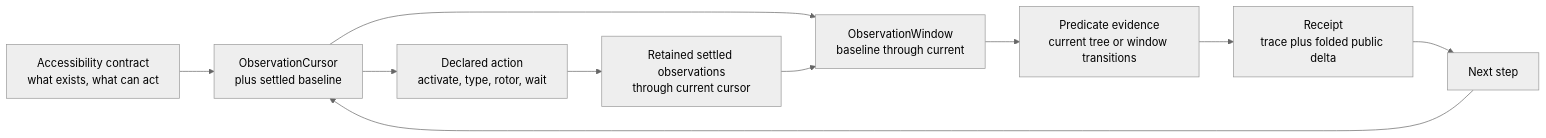
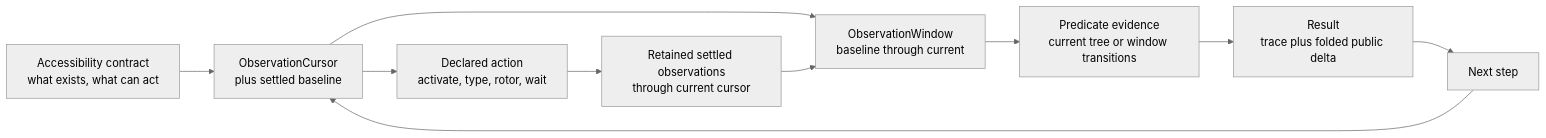
Before and after one commit to RoyalPineapple/TheButtonHeist: the diagram in docs/ACCESSIBILITY-CONTRACT.md, drawn with Mermaid (neutral theme). The commit also changed other lines of this file and 461 other files, not shown here.

````diff
--- a/docs/ACCESSIBILITY-CONTRACT.md
+++ b/docs/ACCESSIBILITY-CONTRACT.md
@@ -48,21 +48,21 @@
 ```mermaid
 flowchart LR
     Contract["Accessibility contract<br/>what exists, what can act"]
     Before["ObservationCursor<br/>plus settled baseline"]
     Action["Declared action<br/>activate, type, rotor, wait"]
     After["Retained settled observations<br/>through current cursor"]
     Window["ObservationWindow<br/>baseline through current"]
     Evidence["Predicate evidence<br/>current tree or window transitions"]
-    Receipt["Receipt<br/>trace plus folded public delta"]
+    Result["Result<br/>trace plus folded public delta"]
     Next["Next step"]
 
     Contract --> Before
     Before --> Action
     Action --> After
     Before --> Window
     After --> Window
     Window --> Evidence
-    Evidence --> Receipt
-    Receipt --> Next
+    Evidence --> Result
+    Result --> Next
     Next --> Before
 ```
````
